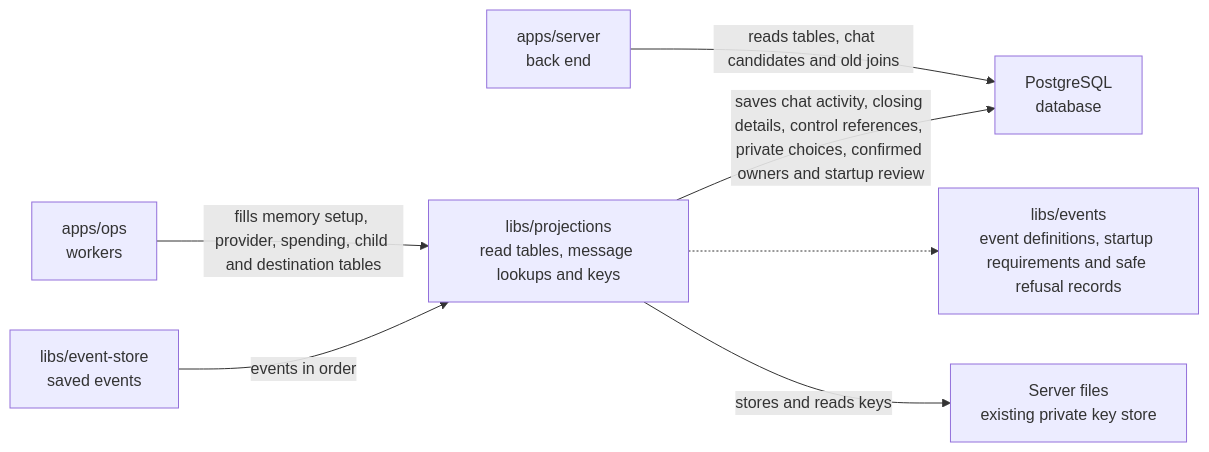
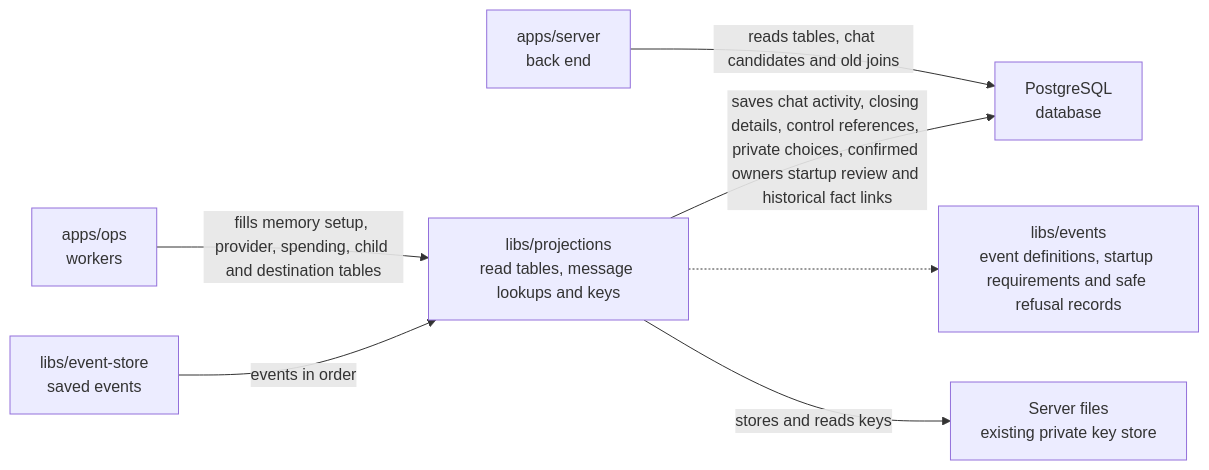
One commit to elewa-git/opencrane-new changed the diagram in libs/projections/README.md. Above: the diagram before and after it, drawn with Mermaid. The commit also changed other lines of this file and 14 other files, not shown here.

````diff
--- a/libs/projections/README.md
+++ b/libs/projections/README.md
@@ -23,9 +23,9 @@
 ```mermaid
 flowchart LR
   ops["apps/ops<br/>workers"] -->|fills memory setup, provider, spending, child and destination tables| projections["libs/projections<br/>read tables, message lookups and keys"]
   server["apps/server<br/>back end"] -->|reads tables, chat candidates and old joins| pg["PostgreSQL<br/>database"]
-  projections -->|saves chat activity, closing details, control references, private choices, confirmed owners and startup review| pg
+  projections -->|saves chat activity, closing details, control references, private choices, confirmed owners startup review and historical fact links| pg
   store["libs/event-store<br/>saved events"] -->|events in order| projections
   projections -.-> events["libs/events<br/>event definitions, startup requirements and safe refusal records"]
   projections -->|stores and reads keys| keys["Server files<br/>existing private key store"]
 ```
````
